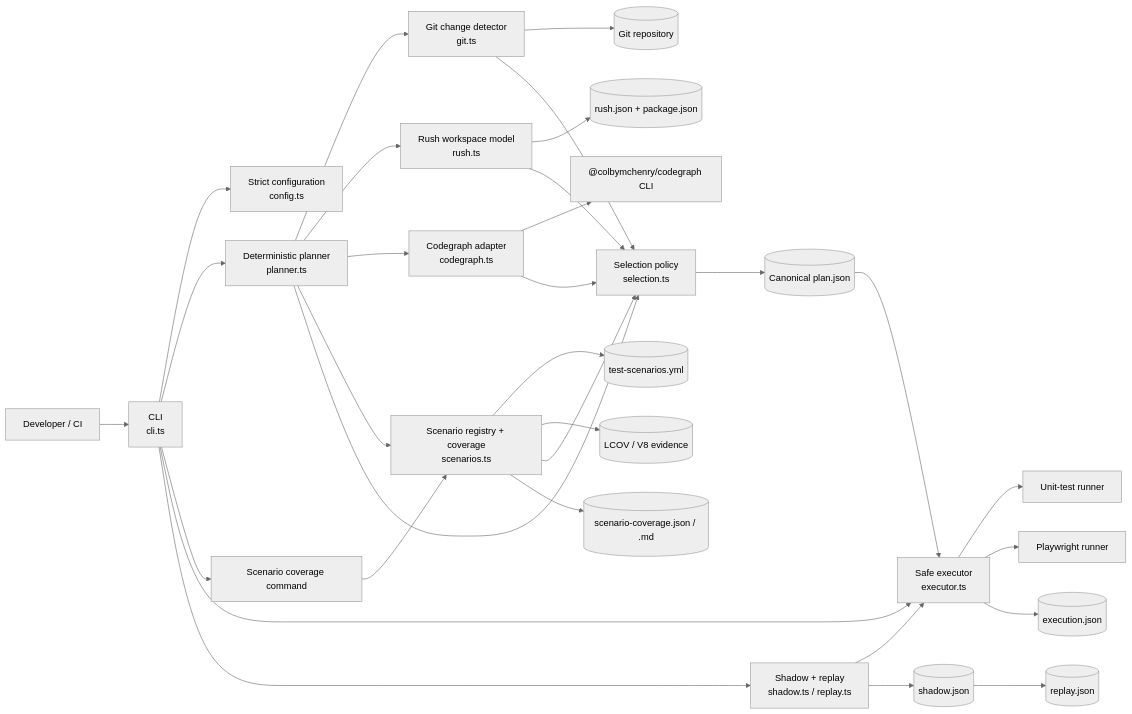
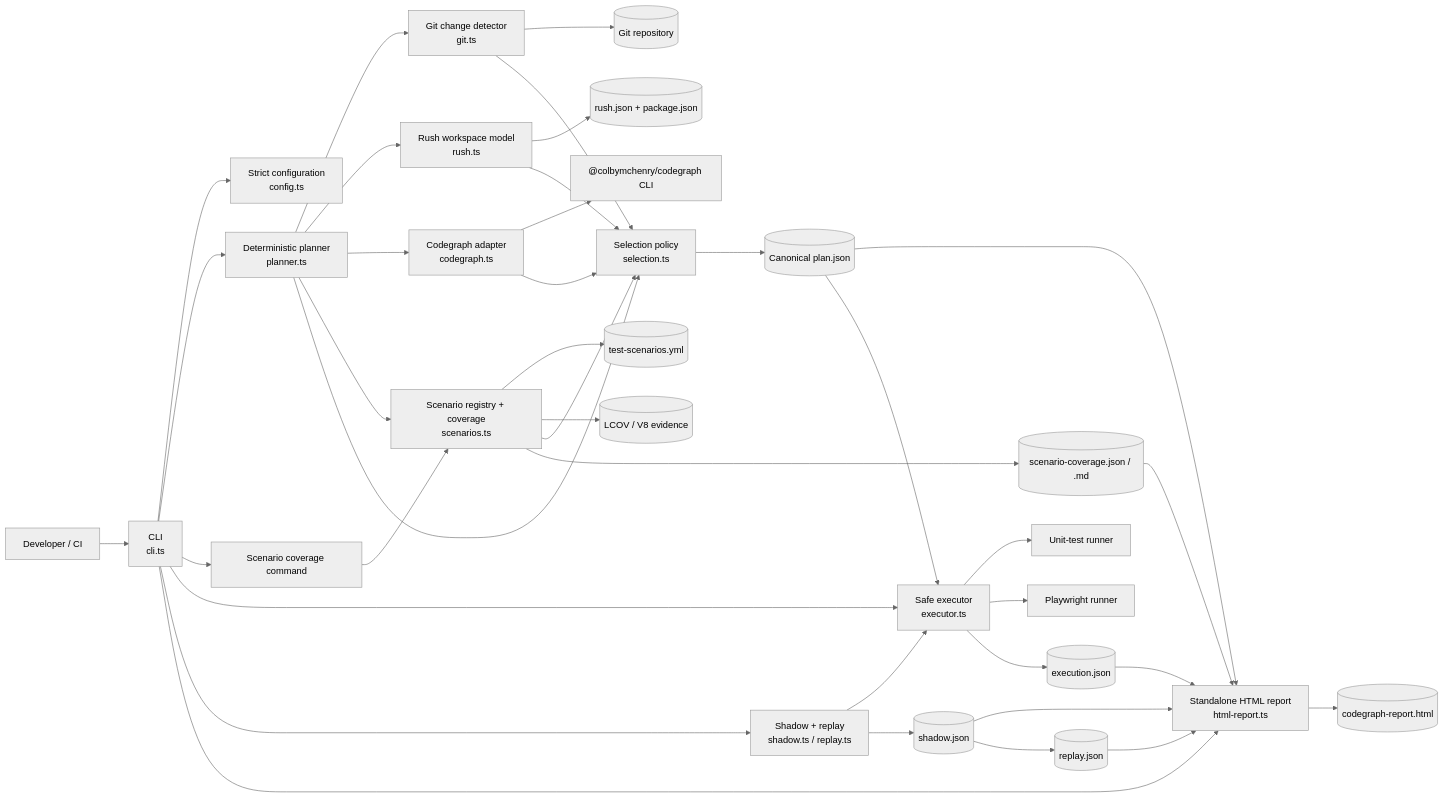
Before and after one commit to deepakkamboj/playwright-codegraph: the first of 4 diagrams in README.md, drawn with Mermaid (neutral theme). The commit also changed other lines of this file and 15 other files, not shown here.

````diff
--- a/README.md
+++ b/README.md
@@ -83,38 +120,45 @@
 ```mermaid
 flowchart LR
     User["Developer / CI"] --> CLI["CLI<br/>cli.ts"]
     CLI --> Config["Strict configuration<br/>config.ts"]
     CLI --> Planner["Deterministic planner<br/>planner.ts"]
     CLI --> ScenarioCommand["Scenario coverage command"]
     CLI --> Executor["Safe executor<br/>executor.ts"]
     CLI --> Shadow["Shadow + replay<br/>shadow.ts / replay.ts"]
+    CLI --> HtmlReport["Standalone HTML report<br/>html-report.ts"]
 
     Planner --> Git["Git change detector<br/>git.ts"]
     Planner --> Rush["Rush workspace model<br/>rush.ts"]
     Planner --> Graph["Codegraph adapter<br/>codegraph.ts"]
     Planner --> Scenarios["Scenario registry + coverage<br/>scenarios.ts"]
     Planner --> Selector["Selection policy<br/>selection.ts"]
 
     Git --> GitRepo[("Git repository")]
     Rush --> RushFiles[("rush.json + package.json")]
     Graph --> CodegraphCLI["@colbymchenry/codegraph CLI"]
     Scenarios --> Registry[("test-scenarios.yml")]
     Scenarios --> Coverage[("LCOV / V8 evidence")]
 
     Git --> Selector
     Rush --> Selector
     Graph --> Selector
     Scenarios --> Selector
 
     Selector --> Plan[("Canonical plan.json")]
+    Plan --> HtmlReport
     Plan --> Executor
     Executor --> Unit["Unit-test runner"]
     Executor --> Playwright["Playwright runner"]
     Executor --> Execution[("execution.json")]
+    Execution --> HtmlReport
 
     ScenarioCommand --> Scenarios
     Scenarios --> ScenarioReport[("scenario-coverage.json / .md")]
+    ScenarioReport --> HtmlReport
     Shadow --> Executor
     Shadow --> ShadowRecord[("shadow.json")]
+    ShadowRecord --> HtmlReport
     ShadowRecord --> Replay[("replay.json")]
+    Replay --> HtmlReport
+    HtmlReport --> ReportFile[("codegraph-report.html")]
 ```
````
